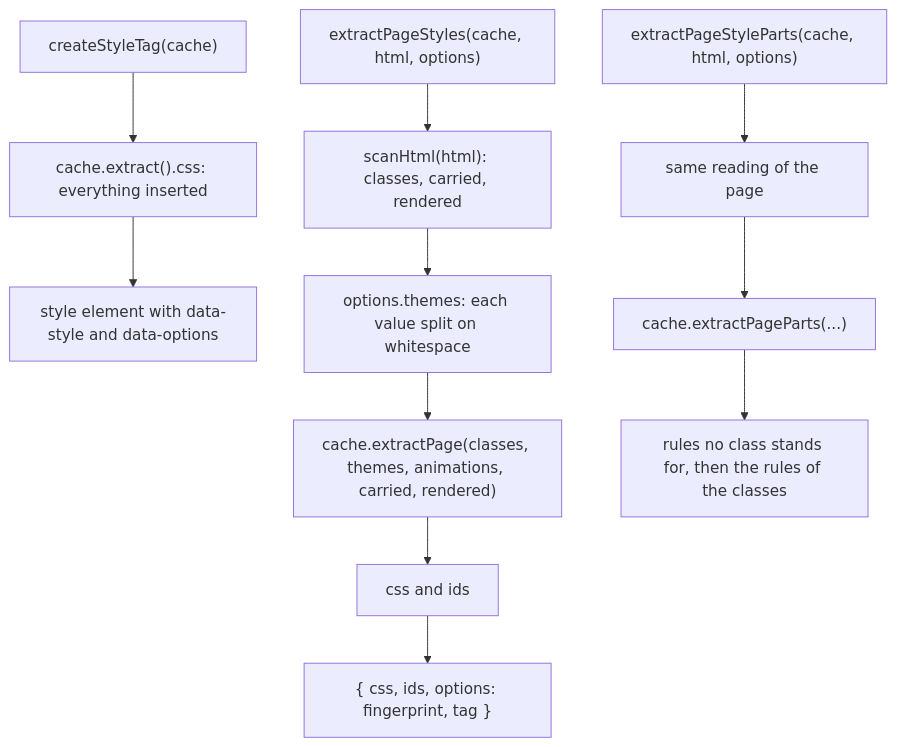
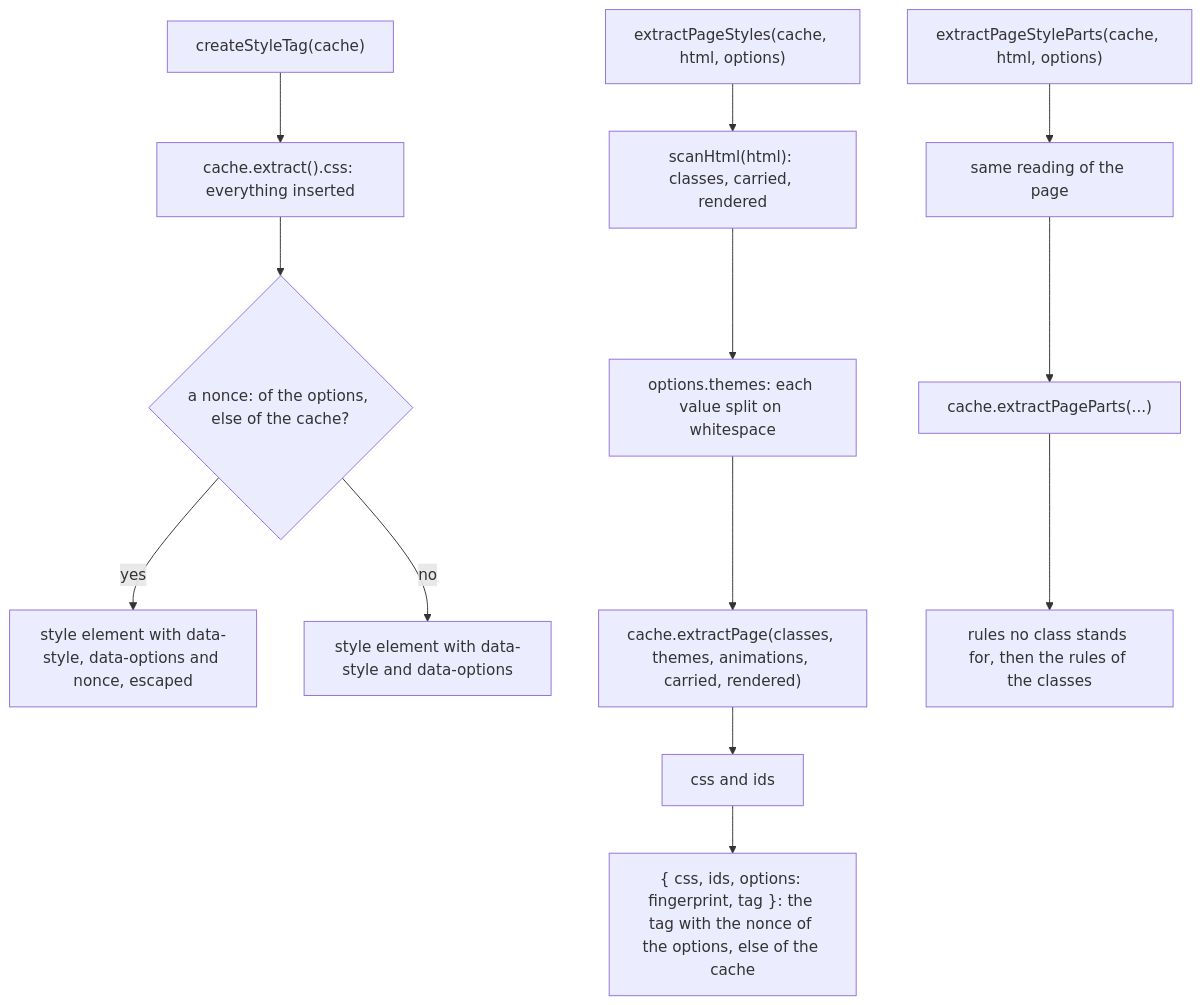
The diagram in packages/core/src/extractStyles.md (soroush-tech/umber-style), drawn with Mermaid before and after one commit. The commit also changed other lines of this file and 127 other files, not shown here.

Commit message:
feat: a nonce on every style element the engine makes, useStyleValue changes a value a style reads with no render on React and Vue, and the scan for animation names ends at the end of a rule - close #13

````diff
--- a/packages/core/src/extractStyles.md
+++ b/packages/core/src/extractStyles.md
@@ -22,13 +23,15 @@
 ```mermaid
 flowchart TD
   tag["createStyleTag(cache)"] --> all["cache.extract().css: everything inserted"]
-  all --> wrap["style element with data-style and data-options"]
+  all --> nonce{"a nonce: of the options, else of the cache?"}
+  nonce -->|yes| withNonce["style element with data-style, data-options and nonce, escaped"]
+  nonce -->|no| wrap["style element with data-style and data-options"]
   page["extractPageStyles(cache, html, options)"] --> scan["scanHtml(html): classes, carried, rendered"]
   scan --> themes["options.themes: each value split on whitespace"]
   themes --> ask["cache.extractPage(classes, themes, animations, carried, rendered)"]
   ask --> res["css and ids"]
-  res --> out["{ css, ids, options: fingerprint, tag }"]
+  res --> out["{ css, ids, options: fingerprint, tag }: the tag with the nonce of the options, else of the cache"]
   parts["extractPageStyleParts(cache, html, options)"] --> scan2["same reading of the page"]
   scan2 --> ask2["cache.extractPageParts(...)"]
   ask2 --> two["rules no class stands for, then the rules of the classes"]
 ```
````
